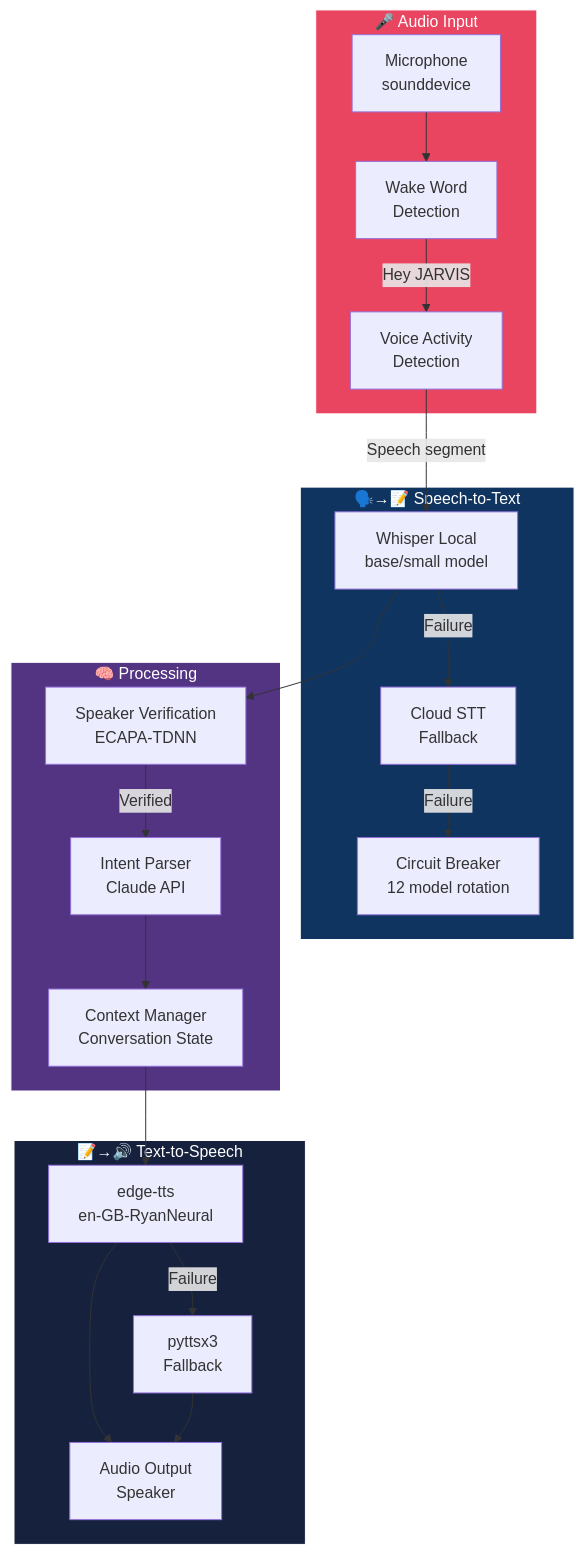
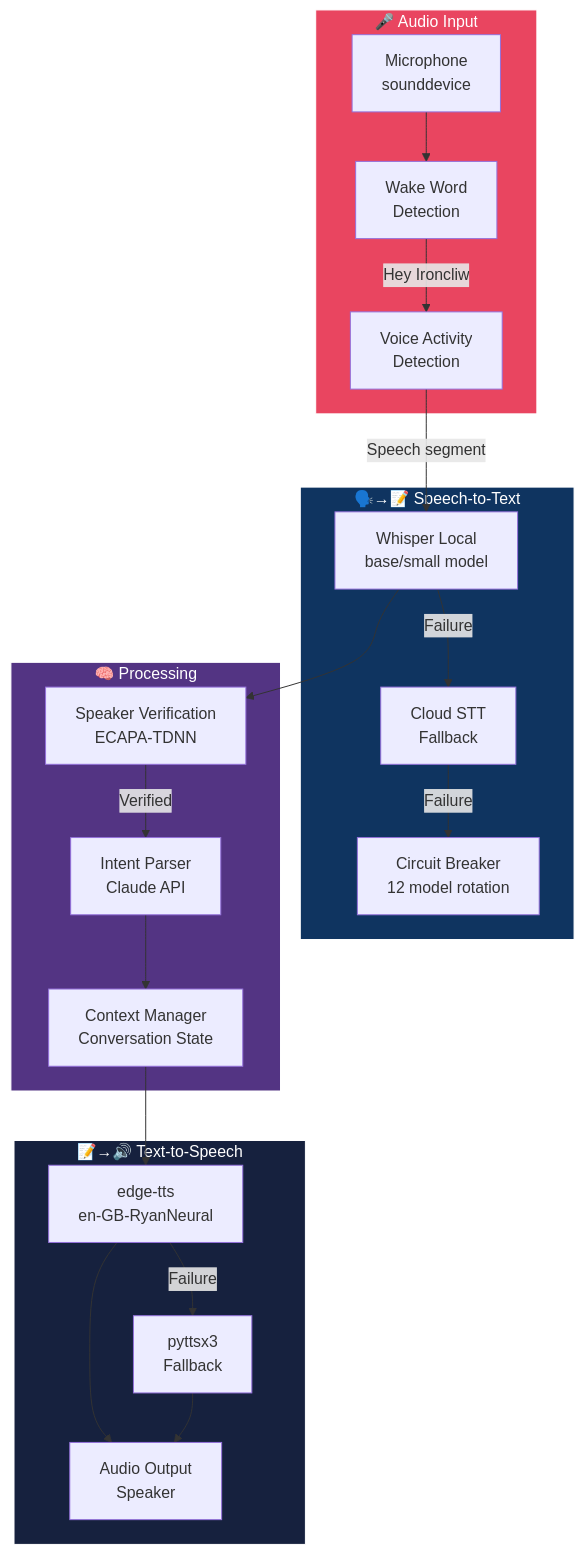
Before and after one commit to nandkishorrathodk-art/Ironcliw-ai: the fourth of 13 diagrams in README.md, drawn with Mermaid. The commit also changed other lines of this file and 2439 other files, not shown here.

````diff
--- a/README.md
+++ b/README.md
@@ -279,46 +281,46 @@
 ```mermaid
 graph TB
     subgraph Input["🎤 Audio Input"]
         MIC["Microphone<br/>sounddevice"]
         WAKE_DET["Wake Word<br/>Detection"]
         VAD["Voice Activity<br/>Detection"]
     end
 
     subgraph STT_Pipeline["🗣️→📝 Speech-to-Text"]
         WHISPER_LOCAL["Whisper Local<br/>base/small model"]
         CLOUD_STT["Cloud STT<br/>Fallback"]
         CIRCUIT["Circuit Breaker<br/>12 model rotation"]
     end
 
     subgraph Processing["🧠 Processing"]
         SPEAKER_V["Speaker Verification<br/>ECAPA-TDNN"]
         INTENT["Intent Parser<br/>Claude API"]
         CONTEXT_MGR["Context Manager<br/>Conversation State"]
     end
 
     subgraph TTS_Pipeline["📝→🔊 Text-to-Speech"]
         EDGE_TTS["edge-tts<br/>en-GB-RyanNeural"]
         PYTTSX3["pyttsx3<br/>Fallback"]
         AUDIO_OUT["Audio Output<br/>Speaker"]
     end
 
     MIC --> WAKE_DET
-    WAKE_DET -->|"Hey JARVIS"| VAD
+    WAKE_DET -->|"Hey Ironcliw"| VAD
     VAD -->|Speech segment| WHISPER_LOCAL
     WHISPER_LOCAL -->|Failure| CLOUD_STT
     CLOUD_STT -->|Failure| CIRCUIT
     
     WHISPER_LOCAL --> SPEAKER_V
     SPEAKER_V -->|Verified| INTENT
     INTENT --> CONTEXT_MGR
     
     CONTEXT_MGR --> EDGE_TTS
     EDGE_TTS -->|Failure| PYTTSX3
     EDGE_TTS --> AUDIO_OUT
     PYTTSX3 --> AUDIO_OUT
 
     style Input fill:#e94560,stroke:#fff,color:#fff
     style STT_Pipeline fill:#0f3460,stroke:#fff,color:#fff
     style Processing fill:#533483,stroke:#fff,color:#fff
     style TTS_Pipeline fill:#16213e,stroke:#fff,color:#fff
 ```
````
